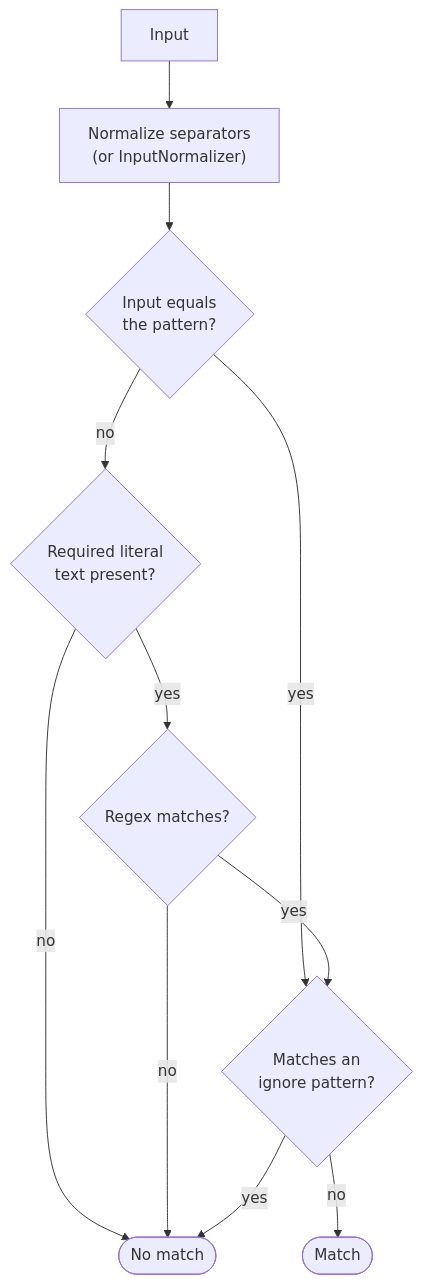
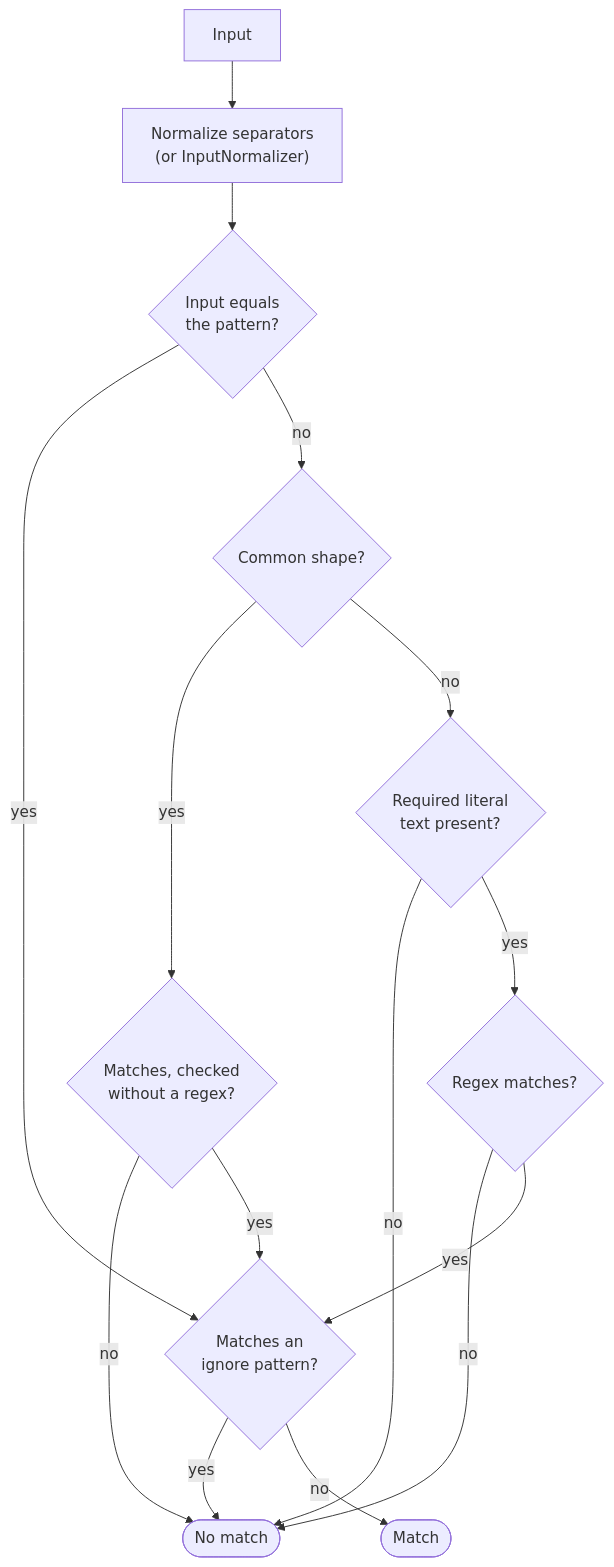
Before and after one commit to snowberry-software/Snowberry.Globbing: the second of 2 diagrams in README.md, drawn with Mermaid. The commit also changed other lines of this file and 34 other files, not shown here.

````diff
--- a/README.md
+++ b/README.md
@@ -89,13 +89,17 @@
 ```mermaid
 flowchart TD
     input[Input] --> normalize["Normalize separators<br/>(or InputNormalizer)"]
     normalize --> equal{Input equals<br/>the pattern?}
     equal -- yes --> ignored
-    equal -- no --> hasLiteral{Required literal<br/>text present?}
-    hasLiteral -- no --> noMatch([No match])
+    equal -- no --> shape{Common shape?}
+    shape -- yes --> direct{"Matches, checked<br/>without a regex?"}
+    direct -- no --> noMatch([No match])
+    direct -- yes --> ignored
+    shape -- no --> hasLiteral{Required literal<br/>text present?}
+    hasLiteral -- no --> noMatch
     hasLiteral -- yes --> regexMatch{Regex matches?}
     regexMatch -- no --> noMatch
     regexMatch -- yes --> ignored{Matches an<br/>ignore pattern?}
     ignored -- yes --> noMatch
     ignored -- no --> match([Match])
 ```
````
